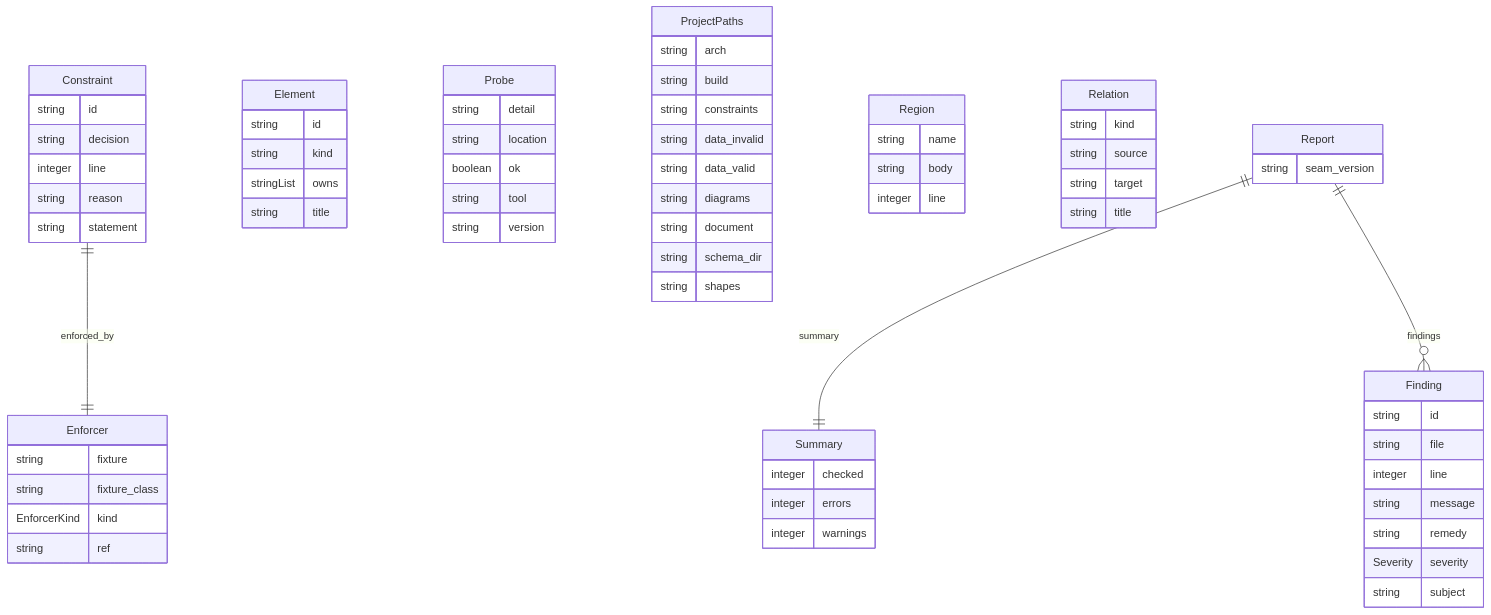
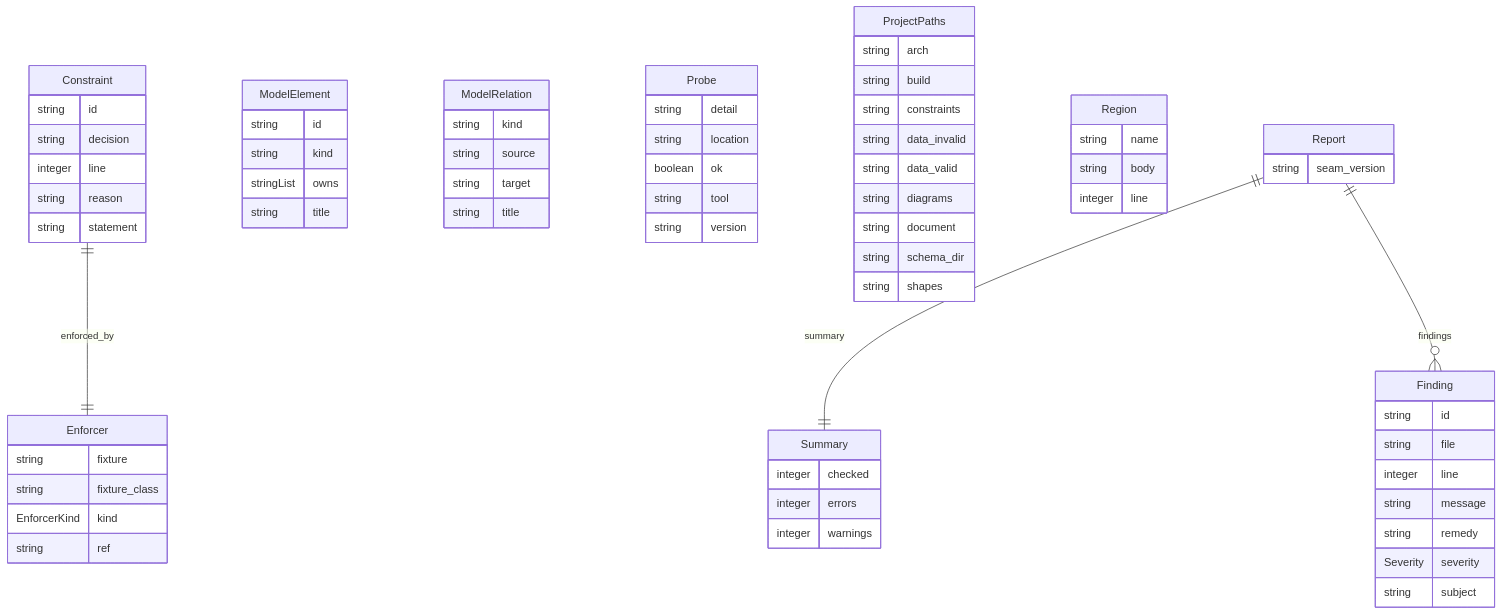
Before and after one commit to dsummersl/slartiarch: the fourth of 4 diagrams in docs/architecture.md, drawn with Mermaid. The commit also changed other lines of this file and 22 other files, not shown here.

````diff
--- a/docs/architecture.md
+++ b/docs/architecture.md
@@ -288,72 +294,72 @@
 ```mermaid
 erDiagram
 Constraint {
     string id  
     string decision  
     integer line  
     string reason  
     string statement  
-}
-Element {
-    string id  
-    string kind  
-    stringList owns  
-    string title  
 }
 Enforcer {
     string fixture  
     string fixture_class  
     EnforcerKind kind  
     string ref  
 }
 Finding {
     string id  
     string file  
     integer line  
     string message  
     string remedy  
     Severity severity  
     string subject  
+}
+ModelElement {
+    string id  
+    string kind  
+    stringList owns  
+    string title  
+}
+ModelRelation {
+    string kind  
+    string source  
+    string target  
+    string title  
 }
 Probe {
     string detail  
     string location  
     boolean ok  
     string tool  
     string version  
 }
 ProjectPaths {
     string arch  
     string build  
     string constraints  
     string data_invalid  
     string data_valid  
     string diagrams  
     string document  
     string schema_dir  
     string shapes  
 }
 Region {
     string name  
     string body  
     integer line  
 }
-Relation {
-    string kind  
-    string source  
-    string target  
-    string title  
-}
 Report {
     string seam_version  
 }
 Summary {
     integer checked  
     integer errors  
     integer warnings  
 }
 
 Constraint ||--|| Enforcer : "enforced_by"
 Report ||--|| Summary : "summary"
 Report ||--}o Finding : "findings"
 ```
````
